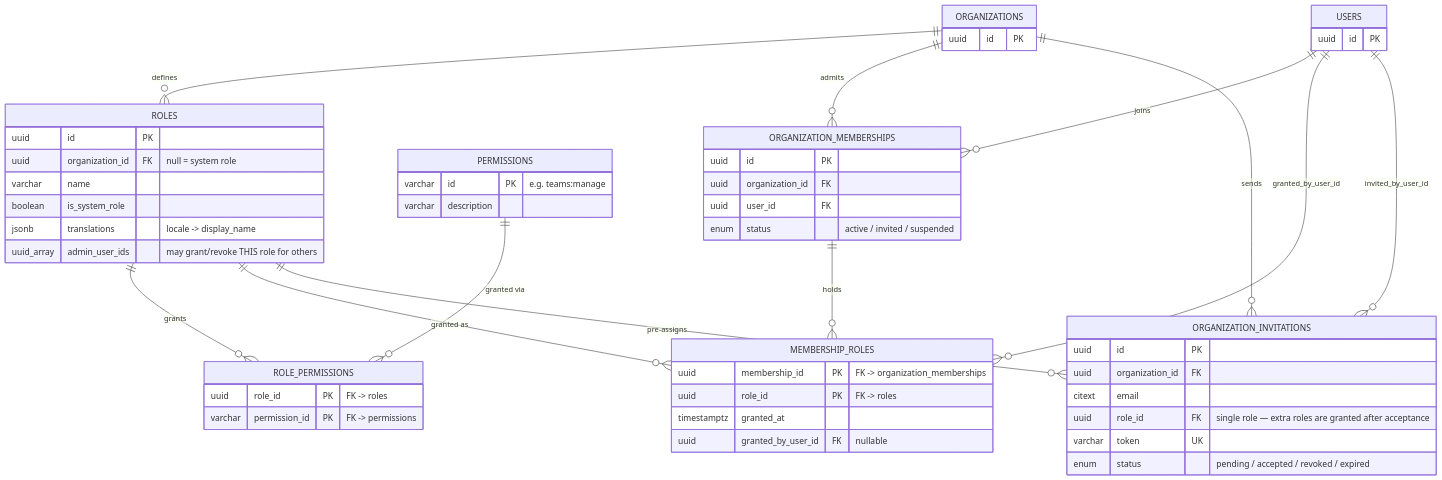
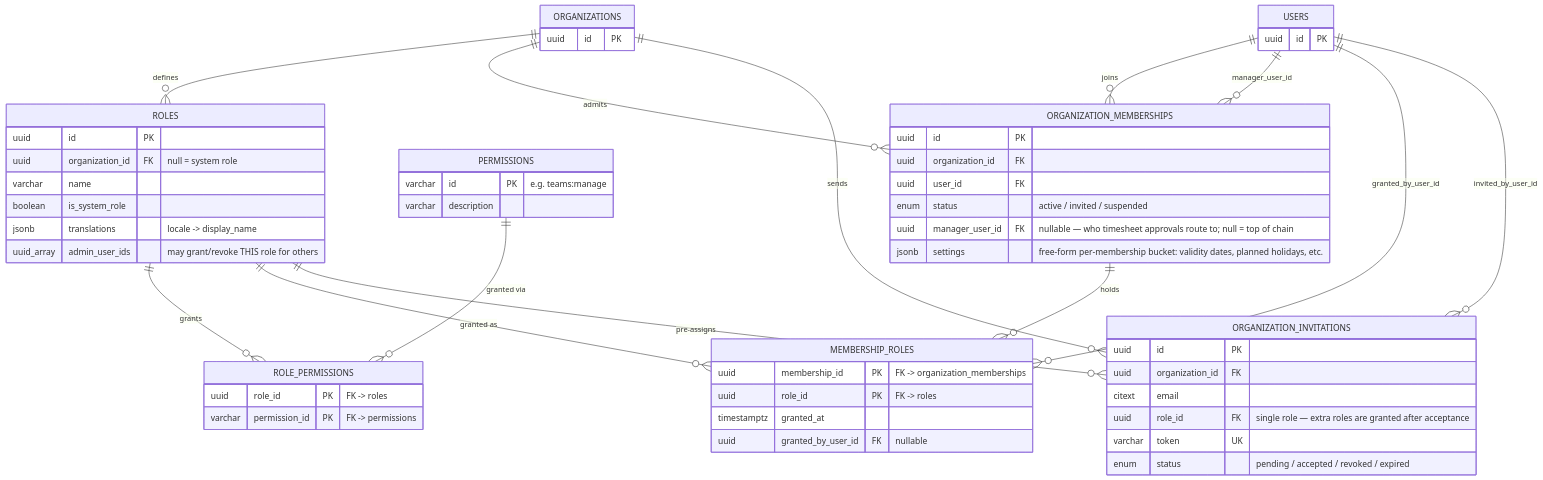
Before and after one commit to fporoli/worktime3: the second of 7 diagrams in docs/DATABASE_SCHEMA.md, drawn with Mermaid. The commit also changed other lines of this file and 15 other files, not shown here.

````diff
--- a/docs/DATABASE_SCHEMA.md
+++ b/docs/DATABASE_SCHEMA.md
@@ -75,53 +75,56 @@
 ```mermaid
 erDiagram
     ORGANIZATIONS ||--o{ ROLES : "defines"
     ROLES ||--o{ ROLE_PERMISSIONS : "grants"
     PERMISSIONS ||--o{ ROLE_PERMISSIONS : "granted via"
     ORGANIZATIONS ||--o{ ORGANIZATION_MEMBERSHIPS : "admits"
     USERS ||--o{ ORGANIZATION_MEMBERSHIPS : "joins"
+    USERS ||--o{ ORGANIZATION_MEMBERSHIPS : "manager_user_id"
     ORGANIZATION_MEMBERSHIPS ||--o{ MEMBERSHIP_ROLES : "holds"
     ROLES ||--o{ MEMBERSHIP_ROLES : "granted as"
     USERS ||--o{ MEMBERSHIP_ROLES : "granted_by_user_id"
     ORGANIZATIONS ||--o{ ORGANIZATION_INVITATIONS : "sends"
     ROLES ||--o{ ORGANIZATION_INVITATIONS : "pre-assigns"
     USERS ||--o{ ORGANIZATION_INVITATIONS : "invited_by_user_id"
 
     ROLES {
         uuid id PK
         uuid organization_id FK "null = system role"
         varchar name
         boolean is_system_role
         jsonb translations "locale -> display_name"
         uuid_array admin_user_ids "may grant/revoke THIS role for others"
     }
     PERMISSIONS {
         varchar id PK "e.g. teams:manage"
         varchar description
     }
     ROLE_PERMISSIONS {
         uuid role_id PK "FK -> roles"
         varchar permission_id PK "FK -> permissions"
     }
     ORGANIZATION_MEMBERSHIPS {
         uuid id PK
         uuid organization_id FK
         uuid user_id FK
         enum status "active / invited / suspended"
+        uuid manager_user_id FK "nullable — who timesheet approvals route to; null = top of chain"
+        jsonb settings "free-form per-membership bucket: validity dates, planned holidays, etc."
     }
     MEMBERSHIP_ROLES {
         uuid membership_id PK "FK -> organization_memberships"
         uuid role_id PK "FK -> roles"
         timestamptz granted_at
         uuid granted_by_user_id FK "nullable"
     }
     ORGANIZATION_INVITATIONS {
         uuid id PK
         uuid organization_id FK
         citext email
         uuid role_id FK "single role — extra roles are granted after acceptance"
         varchar token UK
         enum status "pending / accepted / revoked / expired"
     }
     USERS { uuid id PK }
     ORGANIZATIONS { uuid id PK }
 ```
````
